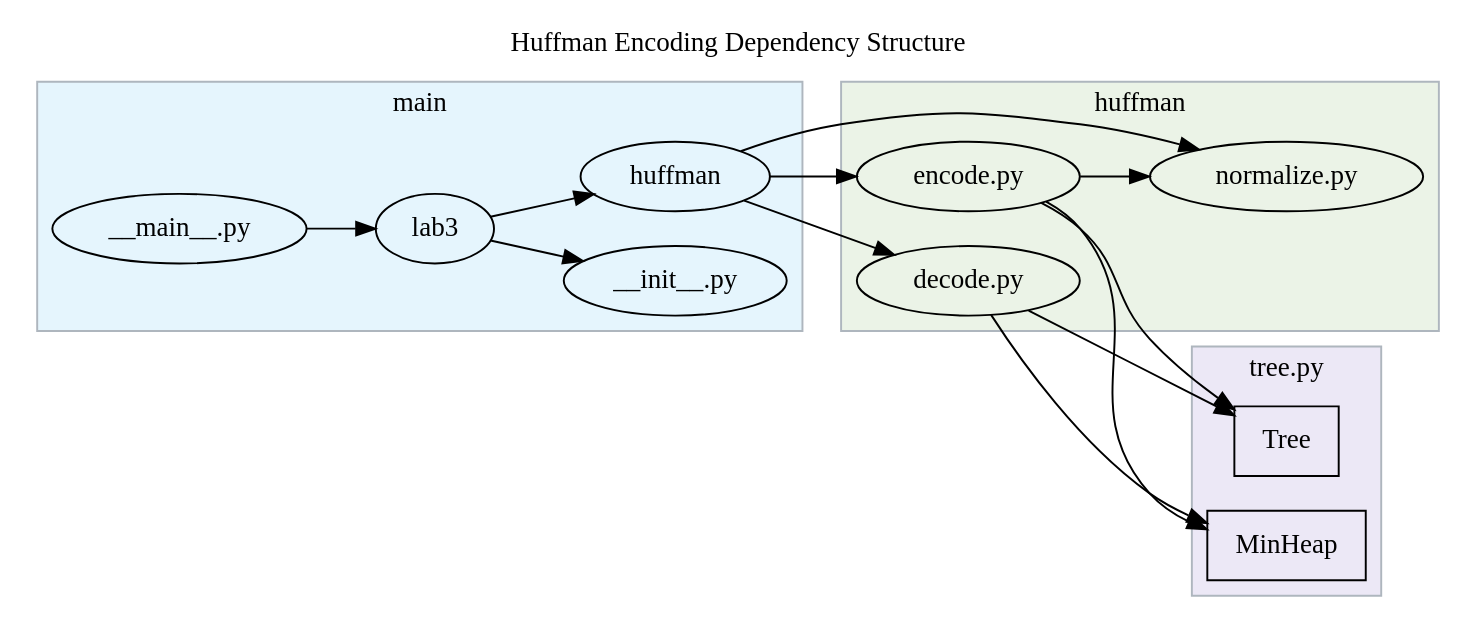
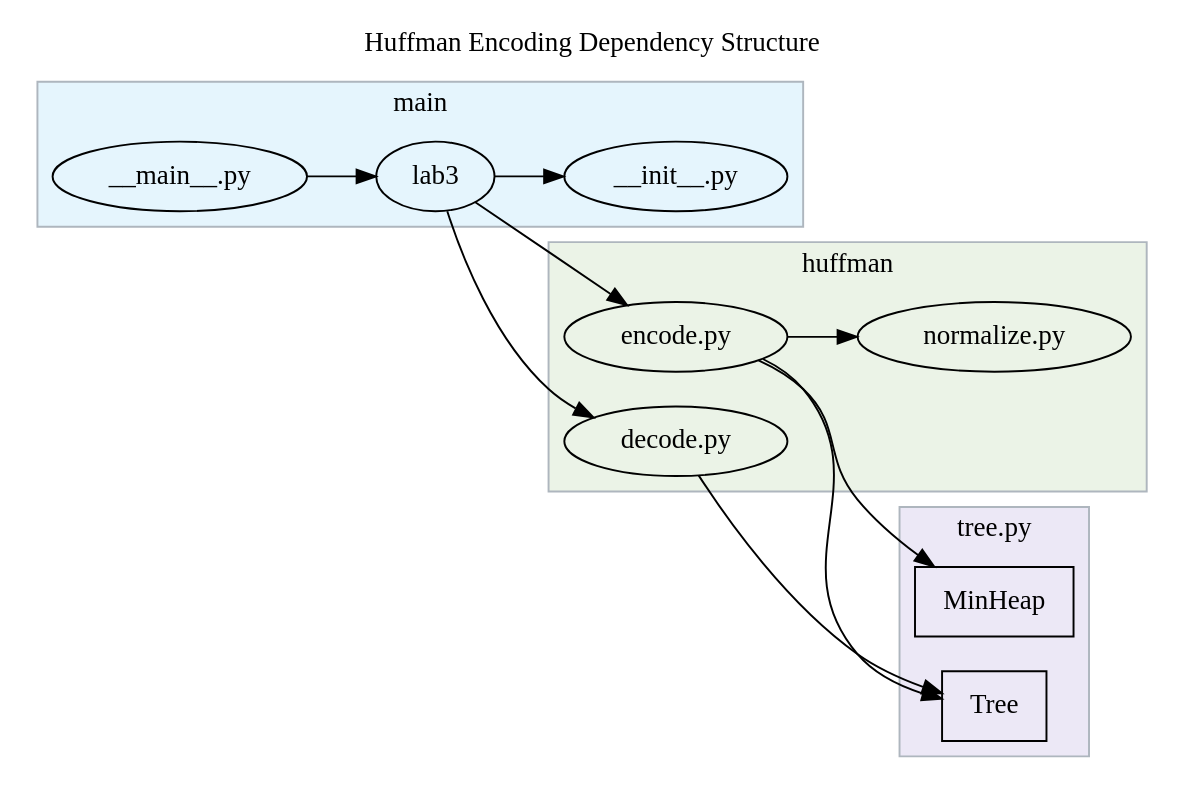
The diagram in lab-3/packages.dot (jllovet/jhu-en-605-202-su26-data-structures), drawn with Graphviz before and after one commit.

Commit message:
Update dependency design diagram

```diff
--- a/lab-3/packages.dot
+++ b/lab-3/packages.dot
@@ -1,58 +1,54 @@
 digraph G {
     rankdir="LR"
     ratio=auto
     ranksep=auto
     splines=true
 
     label="Huffman Encoding Dependency Structure"
     labelloc="t"
 
     // Nodes
     subgraph cluster_main {
         label="main"
         style=rounded
         style=filled
         pencolor="#AEB6BE"
         bgcolor="#E5F5FD"
         lab3 [label="lab3"]
         main [label="__main__.py"]
         lab3_init [label="__init__.py"]
-        huffman [label="huffman"]
 
         lab3 -> lab3_init
         main -> lab3
-        lab3 -> huffman
     }
 
     subgraph cluster_huffman {
         label="huffman"
         style=rounded
         style=filled
         pencolor="#AEB6BE"
         bgcolor="#EBF3E7"
         encode [label="encode.py"]
         decode [label="decode.py"]
         normalize [label="normalize.py"]
         encode -> normalize
     }
     
     subgraph cluster_tree {
         label="tree.py"
         style=rounded
         style=filled
         pencolor="#AEB6BE"
         bgcolor="#ECE8F6"
         Tree [label="Tree" shape=rectangle]
         MinHeap [label="MinHeap" shape=rectangle]
     }
 
-    huffman -> encode
-    huffman -> decode
-    huffman -> normalize
+    lab3 -> encode
+    lab3 -> decode
 
     encode -> MinHeap
-    decode -> MinHeap
     
     encode -> Tree
     decode -> Tree
 }
```
